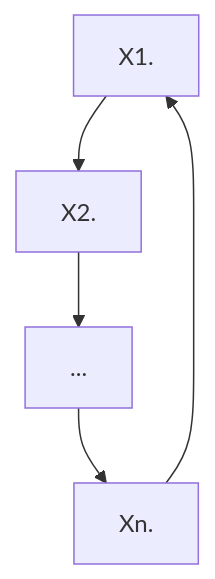
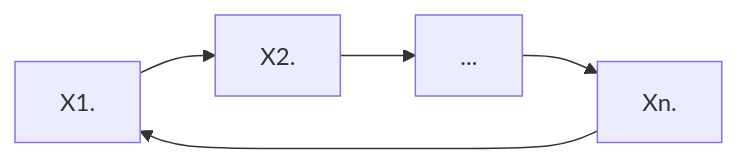
One commit to DubKoldun/notes changed the second of 2 diagrams in difficulty-theory.md. Above: the diagram before and after it, drawn with Mermaid. The commit also changed other lines of this file and 1 other file, not shown here.

````diff
--- a/difficulty-theory.md
+++ b/difficulty-theory.md
@@ -328,7 +328,7 @@
 ```mermaid
-graph TD;
+graph LR;
   A[X1.] --> B[X2.]
   B --> C[...]
   C --> D[Xn.]
   D --> A
 ```
````
